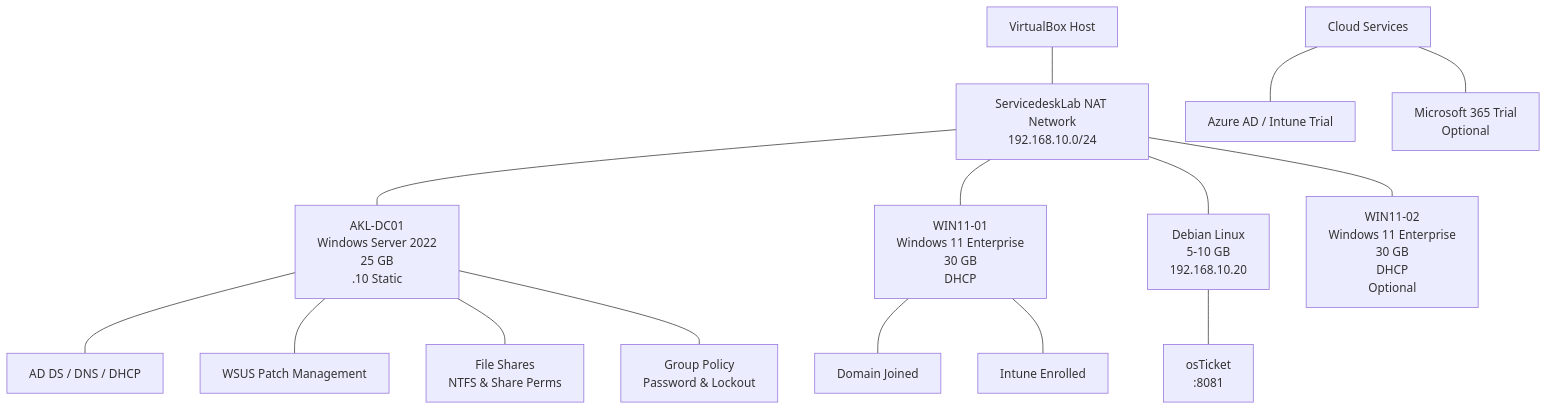
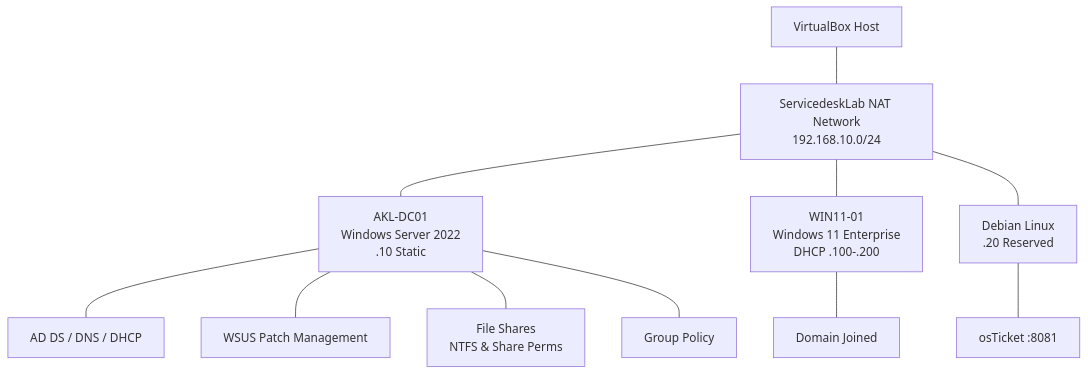
One commit to Ofendor/Service-Desk-Support-Lab changed the second of 2 diagrams in README.md. Above: the diagram before and after it, drawn with Mermaid. The commit also changed other lines of this file, not shown here.

Commit message:
Update README.md to clarify VM configurations and enhance documentation for osTicket health checks

````diff
--- a/README.md
+++ b/README.md
@@ -139,22 +160,16 @@
 ```mermaid
 graph TD
     HOST[VirtualBox Host] --- NET[ServicedeskLab NAT Network<br>192.168.10.0/24]
 
-    NET --- DC01[AKL-DC01<br>Windows Server 2022<br>25 GB<br>.10 Static]
+    NET --- DC01[AKL-DC01<br>Windows Server 2022<br>.10 Static]
     DC01 --- AD[AD DS / DNS / DHCP]
     DC01 --- WSUS[WSUS Patch Management]
     DC01 --- FS[File Shares<br>NTFS & Share Perms]
-    DC01 --- GPO[Group Policy<br>Password & Lockout]
+    DC01 --- GPO[Group Policy]
 
-    NET --- W11[WIN11-01<br>Windows 11 Enterprise<br>30 GB<br>DHCP]
+    NET --- W11[WIN11-01<br>Windows 11 Enterprise<br>DHCP .100-.200]
     W11 --- DOMAIN[Domain Joined]
-    W11 --- INTUNE[Intune Enrolled]
 
-    NET --- DEBIAN[Debian Linux<br>5-10 GB<br>192.168.10.20]
-    DEBIAN --- OSTICKET[osTicket<br>:8081]
-
-    NET --- W11B[WIN11-02<br>Windows 11 Enterprise<br>30 GB<br>DHCP<br>Optional]
-
-    CLOUD[Cloud Services] --- AZURE[Azure AD / Intune Trial]
-    CLOUD --- M365[Microsoft 365 Trial<br>Optional]
+    NET --- DEBIAN[Debian Linux<br>.20 Reserved]
+    DEBIAN --- OSTICKET[osTicket :8081]
 ```
````
